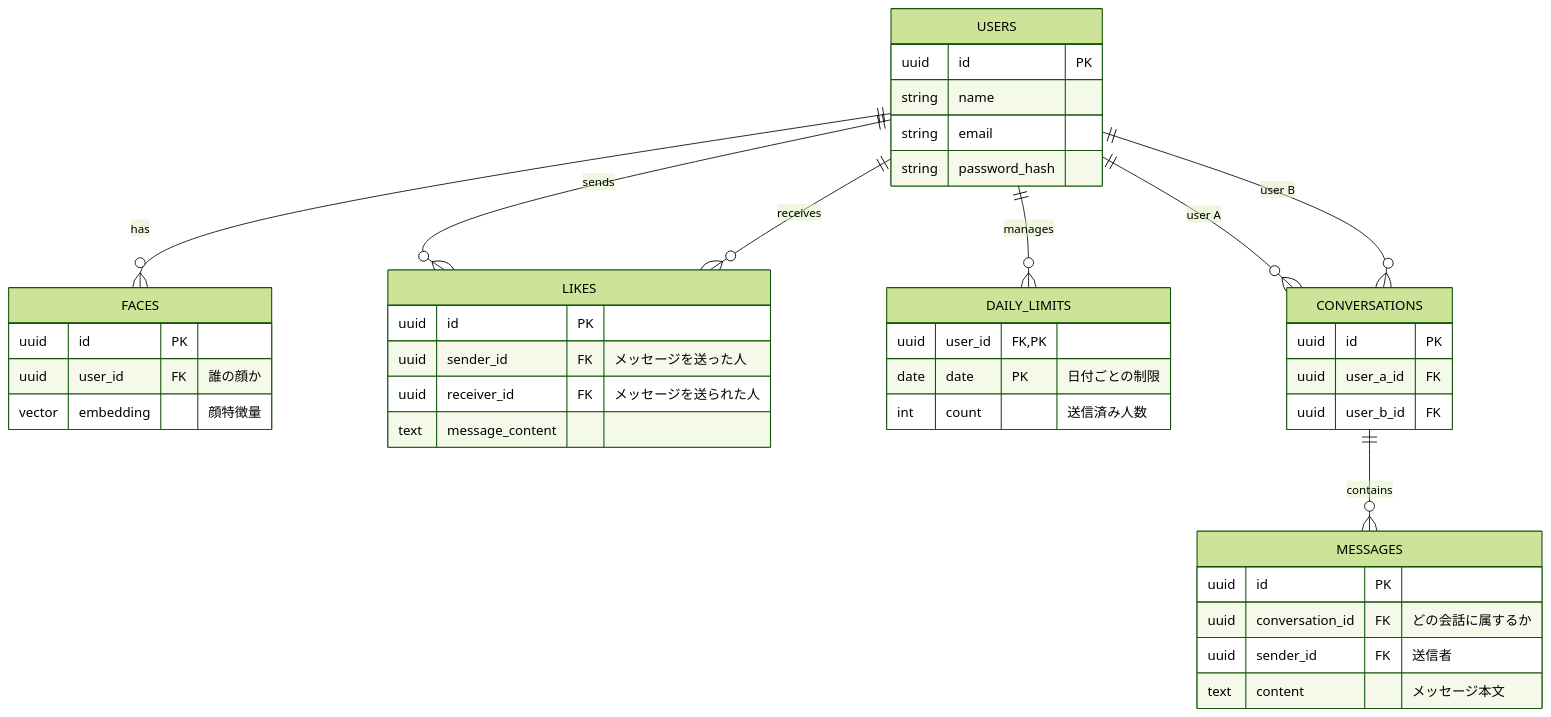
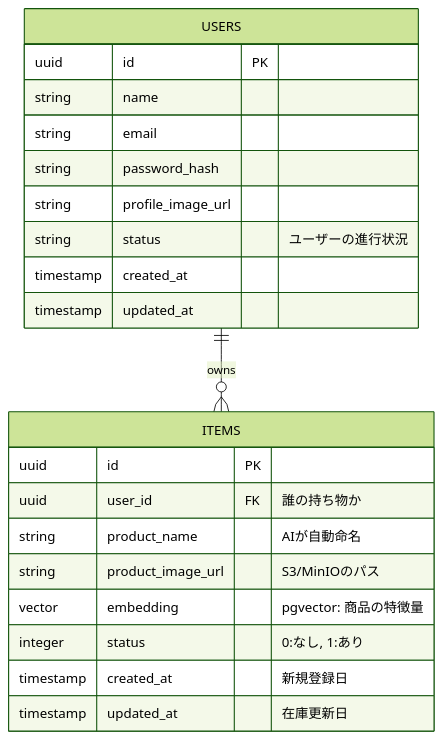
Before and after one commit to annyouu/face-matching: the diagram in backend/docs/db/table.md, drawn with Mermaid (forest theme). The commit also changed other lines of this file, not shown here.

````diff
--- a/backend/docs/db/table.md
+++ b/backend/docs/db/table.md
@@ -9,51 +9,26 @@
 ```mermaid
 erDiagram
     USERS {
         uuid id PK
         string name
         string email
         string password_hash
+        string profile_image_url
+        string status "ユーザーの進行状況"
+        timestamp created_at
+        timestamp updated_at
     }
-    FACES {
+    ITEMS {
         uuid id PK
-        uuid user_id FK "誰の顔か"
-        vector embedding "顔特徴量"
-    }
-    LIKES {
-        uuid id PK
-        uuid sender_id FK "メッセージを送った人"
-        uuid receiver_id FK "メッセージを送られた人"
-        text message_content
-    }
-    DAILY_LIMITS {
-        uuid user_id FK, PK
-        date date PK "日付ごとの制限"
-        int count "送信済み人数"
-    }
-    CONVERSATIONS {
-        uuid id PK
-        uuid user_a_id FK
-        uuid user_b_id FK
-    }
-    MESSAGES {
-        uuid id PK
-        uuid conversation_id FK "どの会話に属するか"
-        uuid sender_id FK "送信者"
-        text content "メッセージ本文"
+        uuid user_id FK "誰の持ち物か"
+        string product_name "AIが自動命名"
+        string product_image_url "S3/MinIOのパス"
+        vector embedding "pgvector: 商品の特徴量"
+        integer status "0:なし, 1:あり"
+        timestamp created_at "新規登録日"
+        timestamp updated_at "在庫更新日"
     }
 
-    %% 1. USERS との 1対多/多対1 の関係
-    USERS ||--o{ FACES : "has"
-    USERS ||--o{ DAILY_LIMITS : "manages"
-    
-    %% 2. 多対多を実現する LIKES (中間テーブル) との関係
-    USERS ||--o{ LIKES : "sends"
-    USERS ||--o{ LIKES : "receives"
-    
-    %% 3. チャット構造
-    CONVERSATIONS ||--o{ MESSAGES : "contains"
-    
-    %% 4. CONVERSATIONS と USERS の関係 (会話への参加)
-    USERS ||--o{ CONVERSATIONS : "user A"
-    USERS ||--o{ CONVERSATIONS : "user B"
+    %% リレーション
+    USERS ||--o{ ITEMS : "owns"
 ```
````
